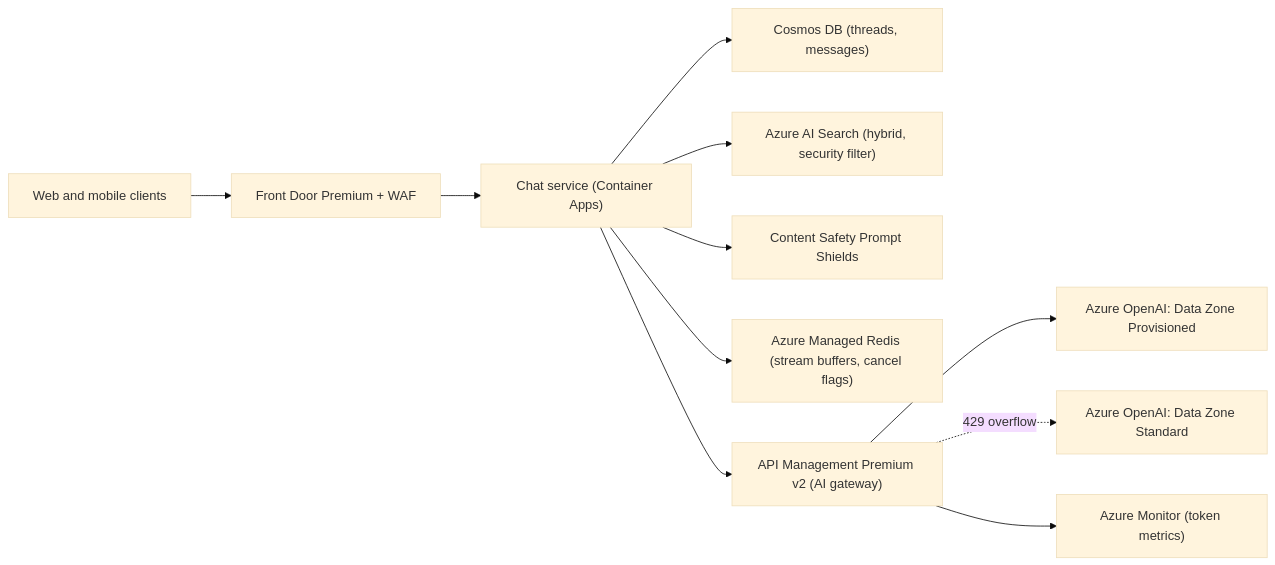
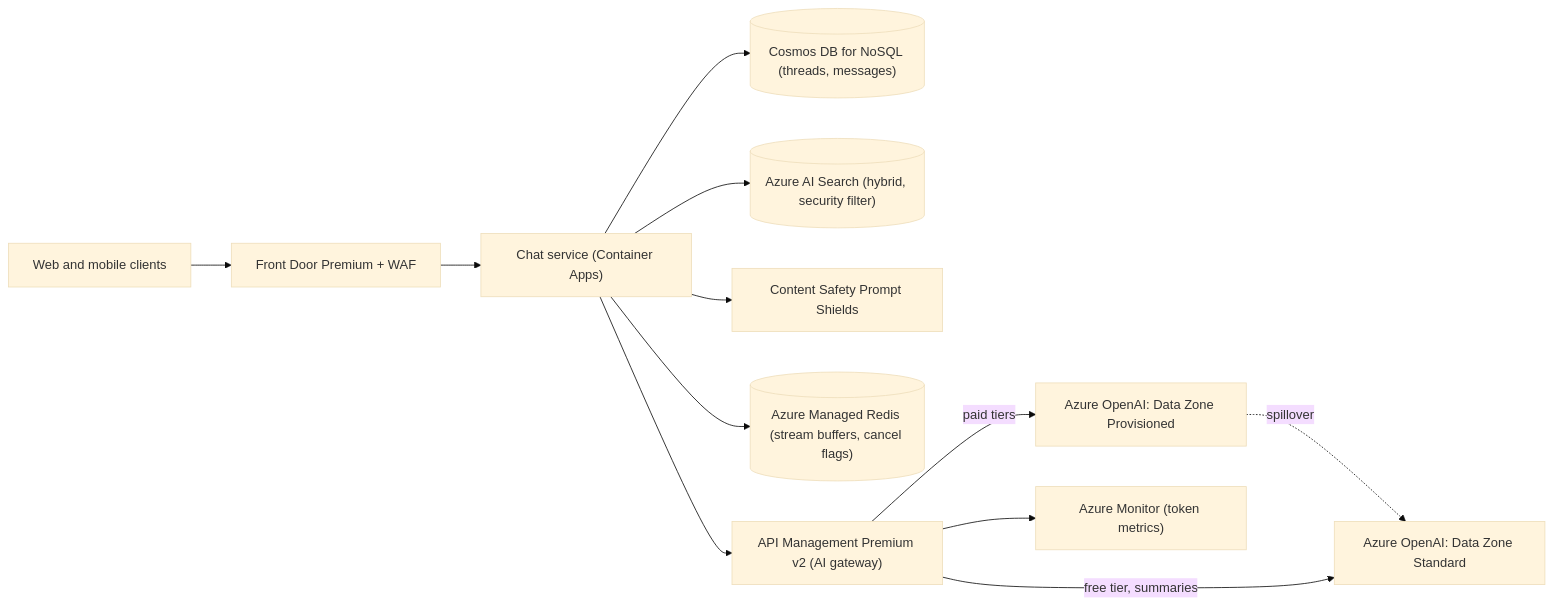
The ninth of 9 diagrams in docs/06-case-studies/ai-chat-assistant.md (spabolu/system-design-modern), drawn with Mermaid (base theme) before and after one commit. The commit also changed other lines of this file, not shown here.

````diff
--- a/docs/06-case-studies/ai-chat-assistant.md
+++ b/docs/06-case-studies/ai-chat-assistant.md
@@ -160,13 +406,14 @@
 ```mermaid
 flowchart LR
   C["Web and mobile clients"] --> FD["Front Door Premium + WAF"]
   FD --> API["Chat service (Container Apps)"]
-  API --> COS["Cosmos DB (threads, messages)"]
-  API --> SRCH["Azure AI Search (hybrid, security filter)"]
+  API --> COS[("Cosmos DB for NoSQL (threads, messages)")]
+  API --> SRCH[("Azure AI Search (hybrid, security filter)")]
   API --> CS["Content Safety Prompt Shields"]
-  API --> AMR["Azure Managed Redis (stream buffers, cancel flags)"]
+  API --> AMR[("Azure Managed Redis (stream buffers, cancel flags)")]
   API --> APIM["API Management Premium v2 (AI gateway)"]
-  APIM --> PTU["Azure OpenAI: Data Zone Provisioned"]
-  APIM -.->|"429 overflow"| STD["Azure OpenAI: Data Zone Standard"]
+  APIM -->|"paid tiers"| PTU["Azure OpenAI: Data Zone Provisioned"]
+  PTU -.->|spillover| STD["Azure OpenAI: Data Zone Standard"]
+  APIM -->|"free tier, summaries"| STD
   APIM --> MON["Azure Monitor (token metrics)"]
 ```
````
